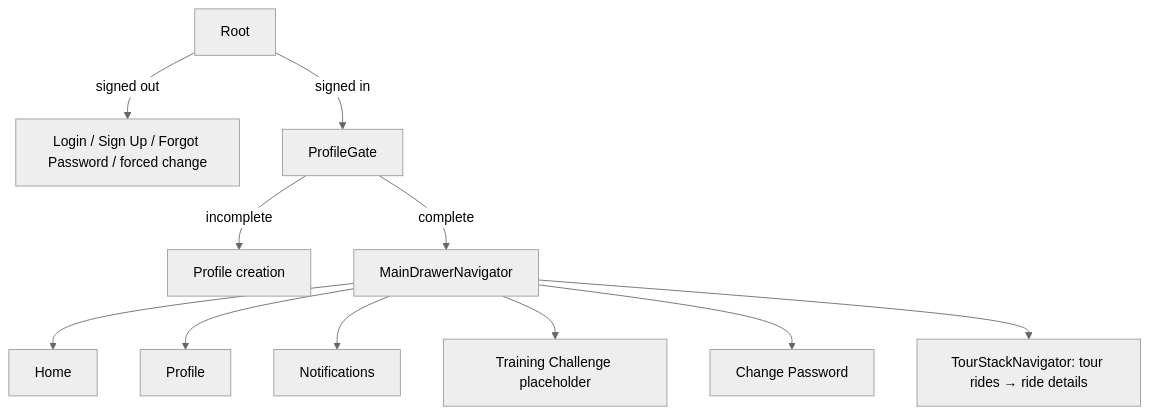
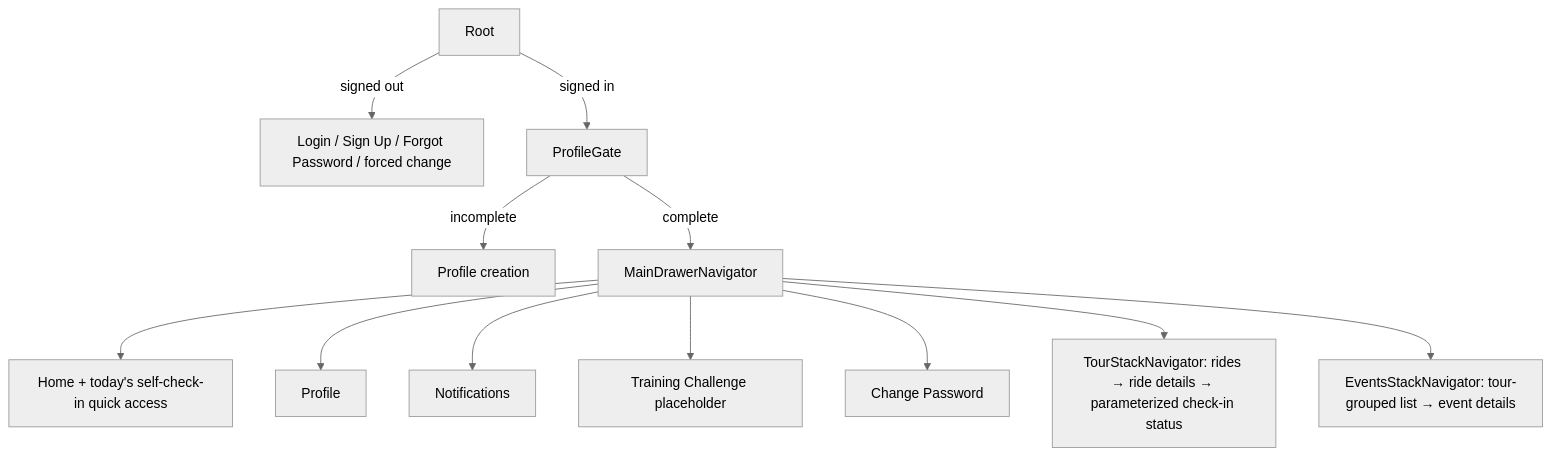
Before and after one commit to kvijay77-in/tour-rider-app: the second of 2 diagrams in docs/design/architecture.md, drawn with Mermaid (neutral theme). The commit also changed other lines of this file and 52 other files, not shown here.

````diff
--- a/docs/design/architecture.md
+++ b/docs/design/architecture.md
@@ -20,13 +20,14 @@
 ```mermaid
 flowchart TD
     Root -->|signed out| AuthNav["Login / Sign Up / Forgot Password / forced change"]
     Root -->|signed in| ProfileGate
     ProfileGate -->|incomplete| Create["Profile creation"]
     ProfileGate -->|complete| Drawer["MainDrawerNavigator"]
-    Drawer --> Home
+    Drawer --> Home["Home + today's self-check-in quick access"]
     Drawer --> Profile
     Drawer --> Notifications
     Drawer --> Training["Training Challenge placeholder"]
     Drawer --> Password["Change Password"]
-    Drawer --> Tour["TourStackNavigator: tour rides → ride details"]
+    Drawer --> Tour["TourStackNavigator: rides → ride details → parameterized check-in status"]
+    Drawer --> Events["EventsStackNavigator: tour-grouped list → event details"]
 ```
````
